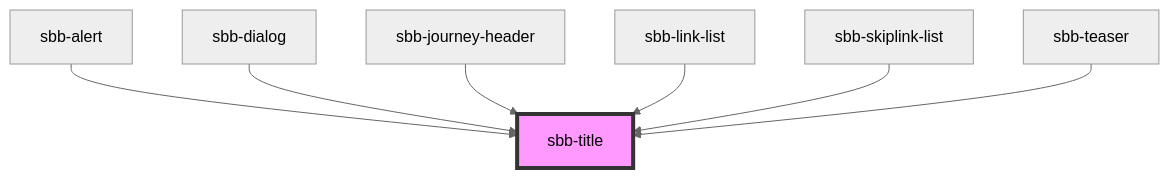
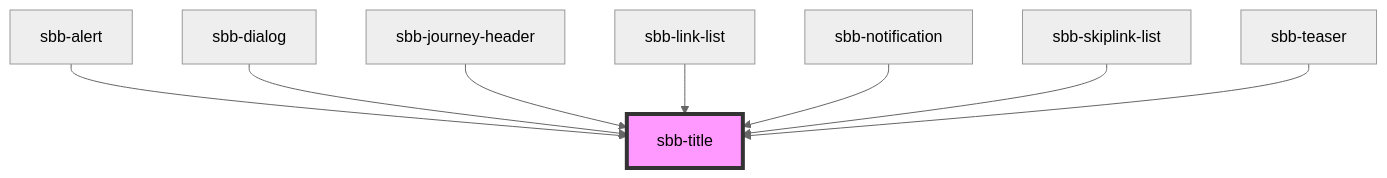
Before and after one commit to sbb-design-systems/lyne-components: the diagram in src/components/sbb-title/readme.md, drawn with Mermaid (neutral theme). The commit also changed other lines of this file and 14 other files, not shown here.

````diff
--- a/src/components/sbb-title/readme.md
+++ b/src/components/sbb-title/readme.md
@@ -34,10 +35,11 @@
 ```mermaid
 graph TD;
   sbb-alert --> sbb-title
   sbb-dialog --> sbb-title
   sbb-journey-header --> sbb-title
   sbb-link-list --> sbb-title
+  sbb-notification --> sbb-title
   sbb-skiplink-list --> sbb-title
   sbb-teaser --> sbb-title
   style sbb-title fill:#f9f,stroke:#333,stroke-width:4px
 ```
````
